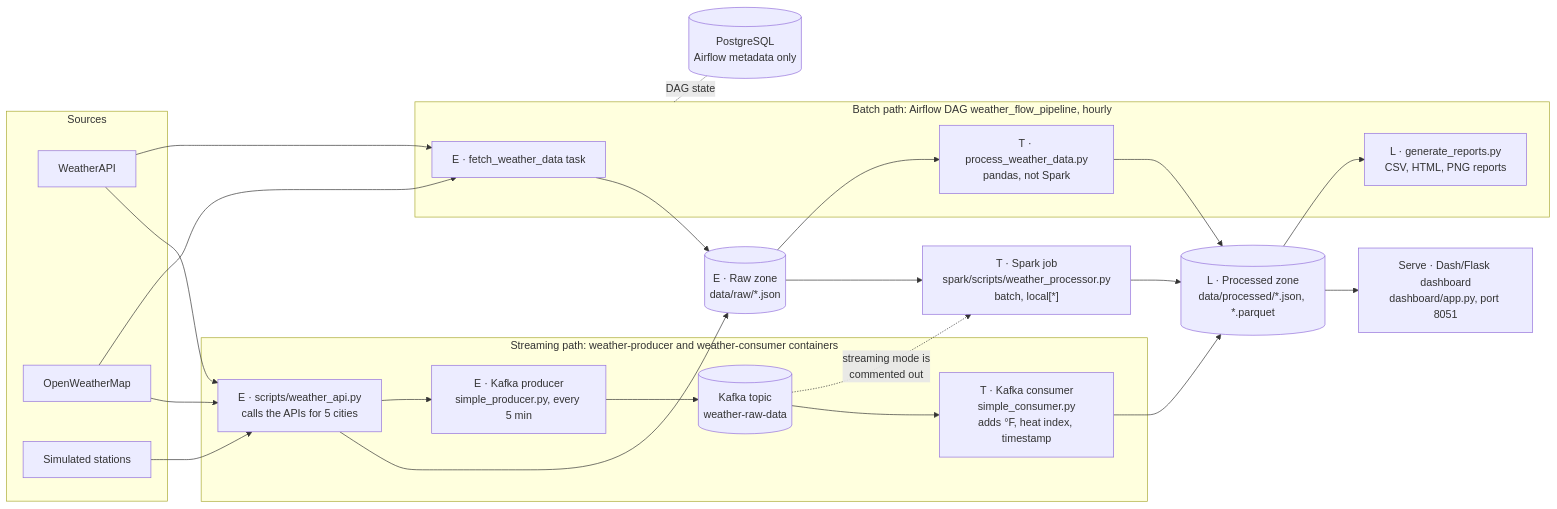
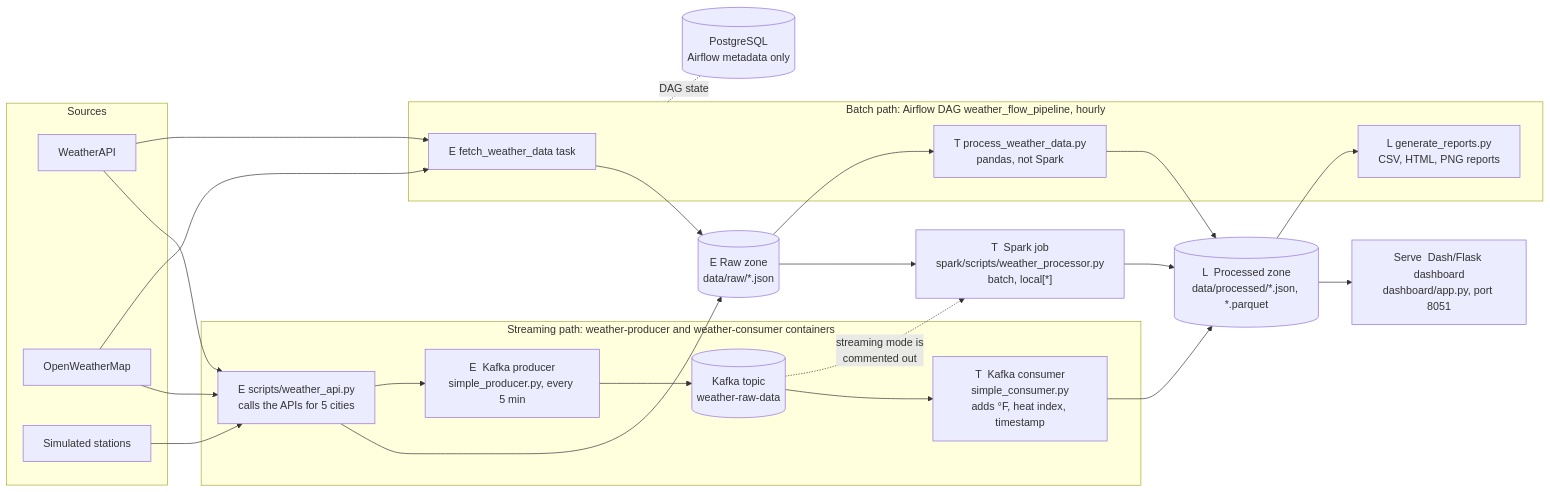
The diagram in docs/reference_architecture.md (viorel232323/weatherflow-Viorel), drawn with Mermaid before and after one commit. The commit also changed 3 other files, not shown here.

````diff
--- a/docs/reference_architecture.md
+++ b/docs/reference_architecture.md
@@ -8,42 +8,42 @@
 ```mermaid
 flowchart LR
   subgraph SRC["Sources"]
     WA["WeatherAPI"]
     OW["OpenWeatherMap"]
     SIM["Simulated stations"]
   end
 
   subgraph STREAM["Streaming path: weather-producer and weather-consumer containers"]
-    ING["E · scripts/weather_api.py<br/>calls the APIs for 5 cities"]
-    PROD["E · Kafka producer<br/>simple_producer.py, every 5 min"]
+    ING["E  scripts/weather_api.py<br/>calls the APIs for 5 cities"]
+    PROD["E  Kafka producer<br/>simple_producer.py, every 5 min"]
     TOPIC[("Kafka topic<br/>weather-raw-data")]
-    CONS["T · Kafka consumer<br/>simple_consumer.py<br/>adds °F, heat index, timestamp"]
+    CONS["T  Kafka consumer<br/>simple_consumer.py<br/>adds °F, heat index, timestamp"]
   end
 
   subgraph BATCH["Batch path: Airflow DAG weather_flow_pipeline, hourly"]
-    FETCH["E · fetch_weather_data task"]
-    PROCPY["T · process_weather_data.py<br/>pandas, not Spark"]
-    REP["L · generate_reports.py<br/>CSV, HTML, PNG reports"]
+    FETCH["E  fetch_weather_data task"]
+    PROCPY["T  process_weather_data.py<br/>pandas, not Spark"]
+    REP["L  generate_reports.py<br/>CSV, HTML, PNG reports"]
   end
 
-  RAW[("E · Raw zone<br/>data/raw/*.json")]
-  SPARK["T · Spark job<br/>spark/scripts/weather_processor.py<br/>batch, local[*]"]
-  PROC[("L · Processed zone<br/>data/processed/*.json, *.parquet")]
-  DASH["Serve · Dash/Flask dashboard<br/>dashboard/app.py, port 8051"]
+  RAW[("E  Raw zone<br/>data/raw/*.json")]
+  SPARK["T  Spark job<br/>spark/scripts/weather_processor.py<br/>batch, local[*]"]
+  PROC[("L  Processed zone<br/>data/processed/*.json, *.parquet")]
+  DASH["Serve  Dash/Flask dashboard<br/>dashboard/app.py, port 8051"]
   PG[("PostgreSQL<br/>Airflow metadata only")]
 
   WA --> ING
   OW --> ING
   SIM --> ING
   ING --> RAW
   ING --> PROD --> TOPIC --> CONS --> PROC
   WA --> FETCH
   OW --> FETCH
   FETCH --> RAW
   RAW --> PROCPY --> PROC
   RAW --> SPARK --> PROC
   TOPIC -. "streaming mode is<br/>commented out" .-> SPARK
   PROC --> REP
   PROC --> DASH
   BATCH -. "DAG state" .- PG
 ```
````
